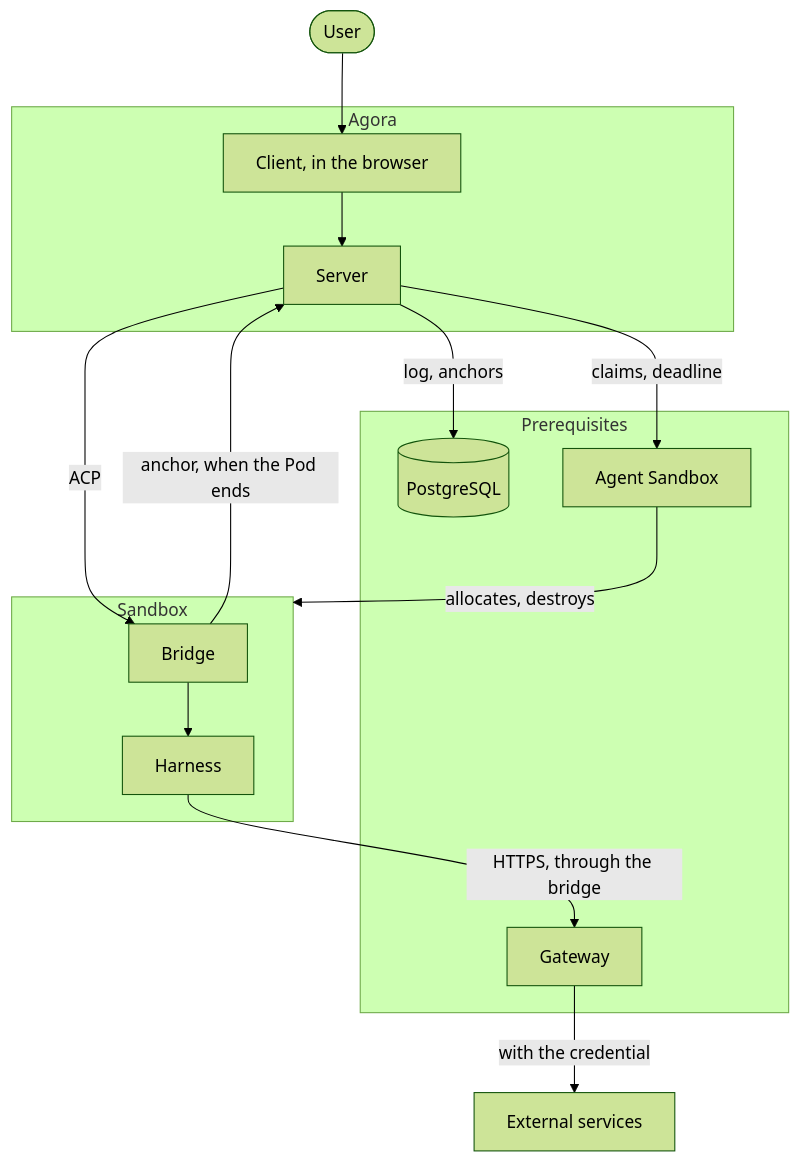
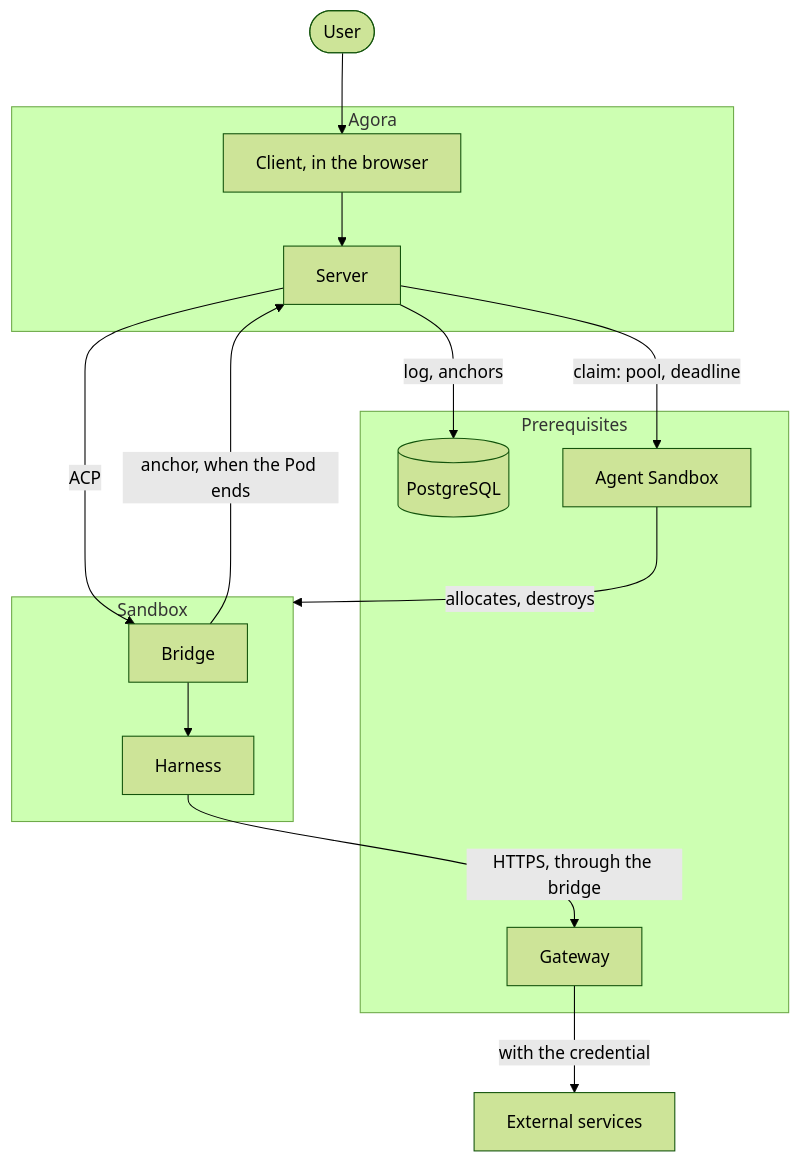
The first of 2 diagrams in docs/architecture/_overview.md (arnaultbretagne/agora), drawn with Mermaid (forest theme) before and after one commit. The commit also changed 4 other files, not shown here.

First line of the commit message:
docs: a claim carries only a pool and a deadline; pools and warming made salient

````diff
--- a/docs/architecture/_overview.md
+++ b/docs/architecture/_overview.md
@@ -28,22 +28,22 @@
 ```mermaid
 flowchart TB
     User([User]) --> Client
     subgraph Agora
         Client[Client, in the browser] --> Server
     end
     subgraph Prerequisites
         DB[(PostgreSQL)]
         AS[Agent Sandbox]
         GW[Gateway]
     end
     subgraph Sandbox
         Bridge --> Harness
     end
     Server -- log, anchors --> DB
-    Server -- claims, deadline --> AS
+    Server -- claim: pool, deadline --> AS
     AS -- allocates, destroys --> Sandbox
     Server -- ACP --> Bridge
     Bridge -- anchor, when the Pod ends --> Server
     Harness -- HTTPS, through the bridge --> GW
     GW -- with the credential --> Services[External services]
 ```
````
